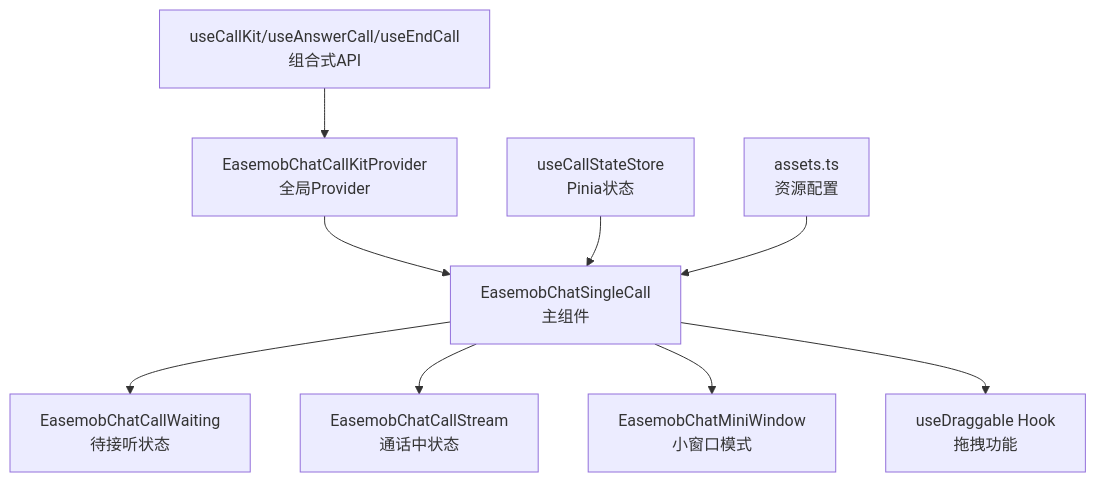
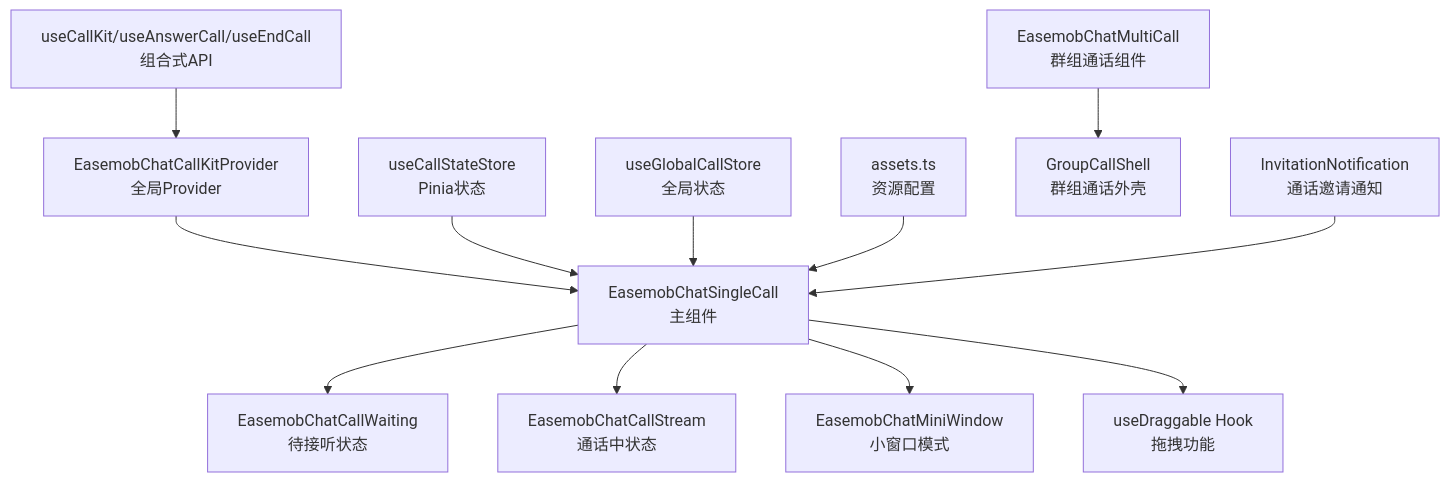
One commit to Easemob-Community/easemob-uikit-callkit-vue3 changed the first of 9 diagrams in .qoder/repowiki/zh/content/核心组件/单人通话组件/主组件 EasemobChatSingleCall.md. Above: the diagram before and after it, drawn with Mermaid. The commit also changed other lines of this file and 40 other files, not shown here.

````diff
--- a/.qoder/repowiki/zh/content/核心组件/单人通话组件/主组件 EasemobChatSingleCall.md
+++ b/.qoder/repowiki/zh/content/核心组件/单人通话组件/主组件 EasemobChatSingleCall.md
@@ -50,11 +59,14 @@
 ```mermaid
 graph TB
 Provider["EasemobChatCallKitProvider<br/>全局Provider"] --> SingleCall["EasemobChatSingleCall<br/>主组件"]
 SingleCall --> Waiting["EasemobChatCallWaiting<br/>待接听状态"]
 SingleCall --> Stream["EasemobChatCallStream<br/>通话中状态"]
 SingleCall --> Mini["EasemobChatMiniWindow<br/>小窗口模式"]
 SingleCall --> Draggable["useDraggable Hook<br/>拖拽功能"]
 Store["useCallStateStore<br/>Pinia状态"] --> SingleCall
+GlobalStore["useGlobalCallStore<br/>全局状态"] --> SingleCall
 Composables["useCallKit/useAnswerCall/useEndCall<br/>组合式API"] --> Provider
 Assets["assets.ts<br/>资源配置"] --> SingleCall
+MultiCall["EasemobChatMultiCall<br/>群组通话组件"] --> MultiCallShell["GroupCallShell<br/>群组通话外壳"]
+Invitation["InvitationNotification<br/>通话邀请通知"] --> SingleCall
 ```
````
